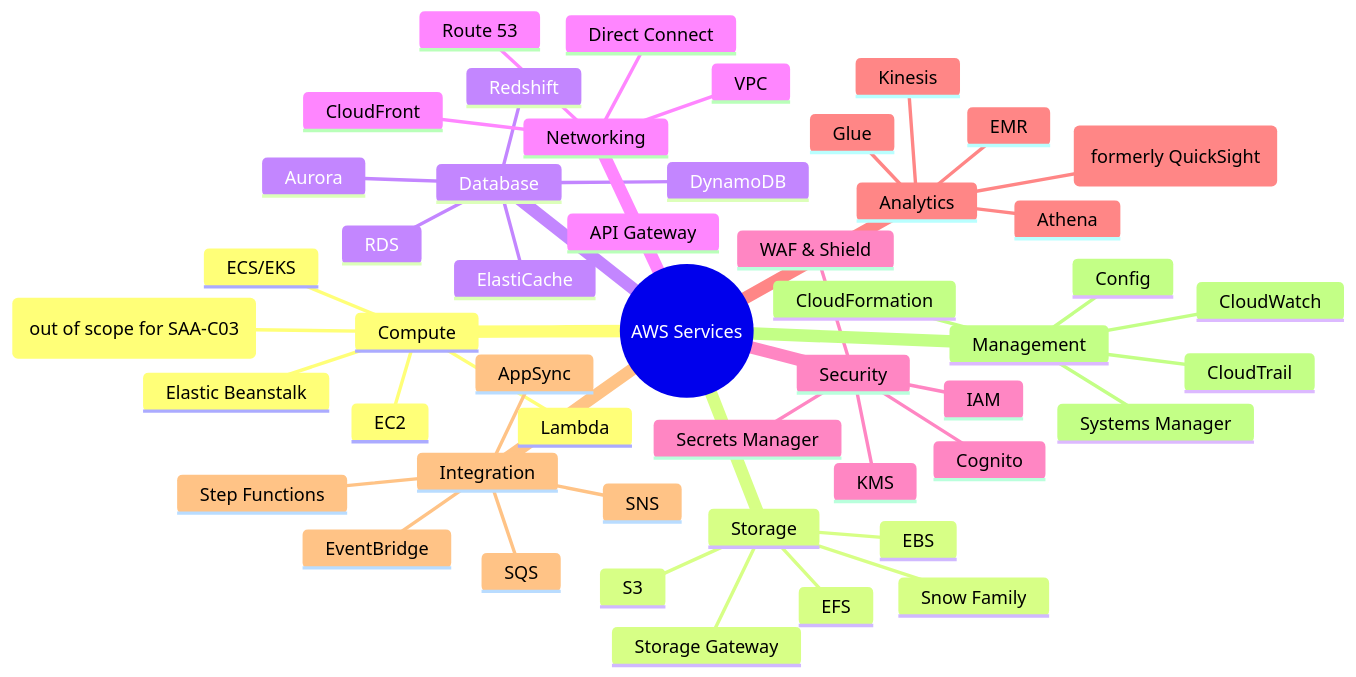
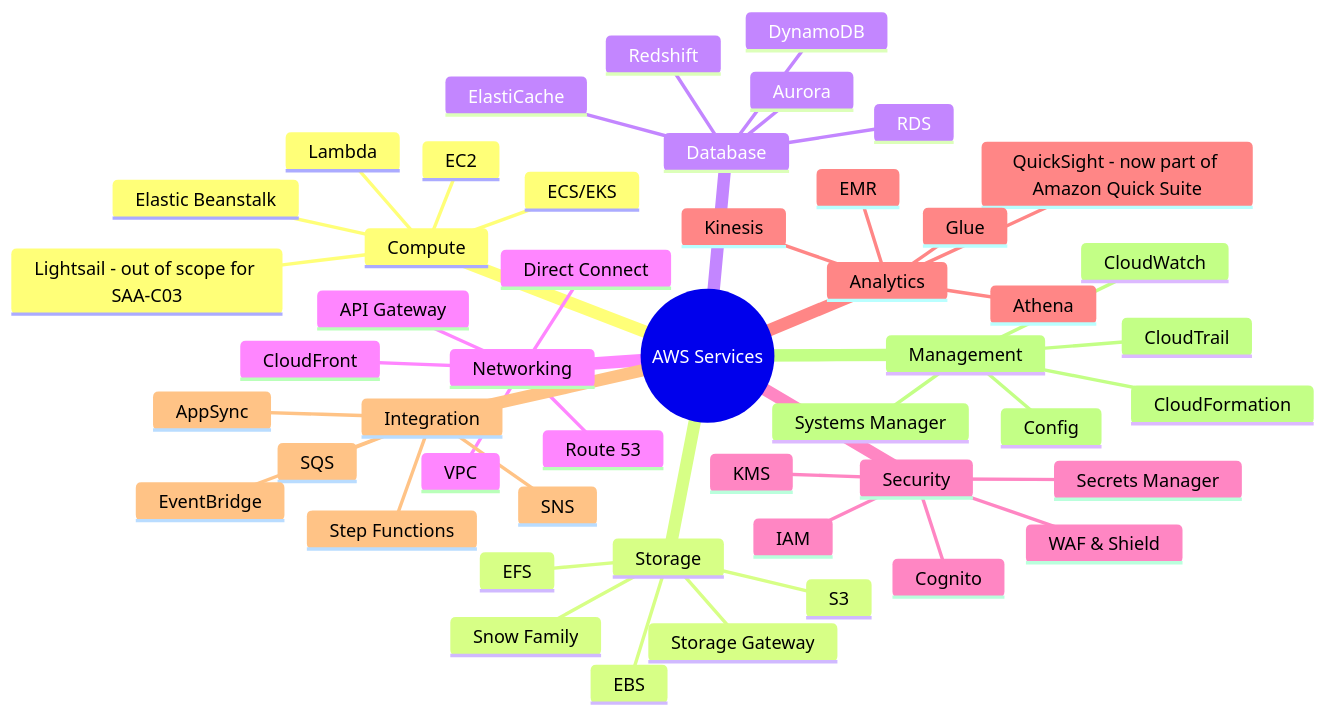
One commit to vanhoangkha/aws-saa-c03-study-guide- changed the tenth of 15 diagrams in 01-AWS-Fundamentals/DIAGRAMS.md. Above: the diagram before and after it, drawn with Mermaid. The commit also changed 1 other file, not shown here.

Commit message:
Keep service names visible in the services mindmap
Parentheses in a Mermaid mindmap label are node-shape syntax, so the
Lightsail and QuickSight nodes showed only the bracketed text. The exam
guide still names QuickSight, now part of Amazon Quick Suite.

````diff
--- a/01-AWS-Fundamentals/DIAGRAMS.md
+++ b/01-AWS-Fundamentals/DIAGRAMS.md
@@ -381,52 +381,52 @@
 ```mermaid
 mindmap
     root((AWS Services))
         Compute
             EC2
             Lambda
             ECS/EKS
             Elastic Beanstalk
-            Lightsail (out of scope for SAA-C03)
+            Lightsail - out of scope for SAA-C03
         Storage
             S3
             EBS
             EFS
             Storage Gateway
             Snow Family
         Database
             RDS
             DynamoDB
             Aurora
             ElastiCache
             Redshift
         Networking
             VPC
             Route 53
             CloudFront
             Direct Connect
             API Gateway
         Security
             IAM
             Cognito
             Secrets Manager
             WAF & Shield
             KMS
         Analytics
             Athena
             EMR
             Kinesis
-            Amazon Quick (formerly QuickSight)
+            QuickSight - now part of Amazon Quick Suite
             Glue
         Integration
             SQS
             SNS
             EventBridge
             Step Functions
             AppSync
         Management
             CloudWatch
             CloudFormation
             Systems Manager
             CloudTrail
             Config
 ```
````
